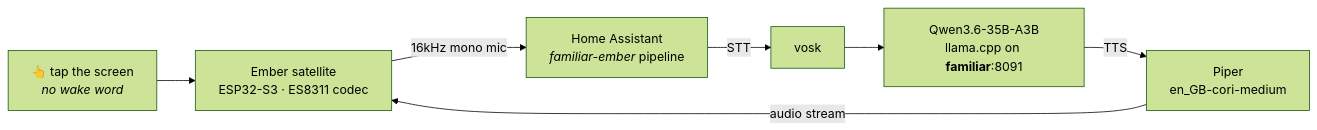
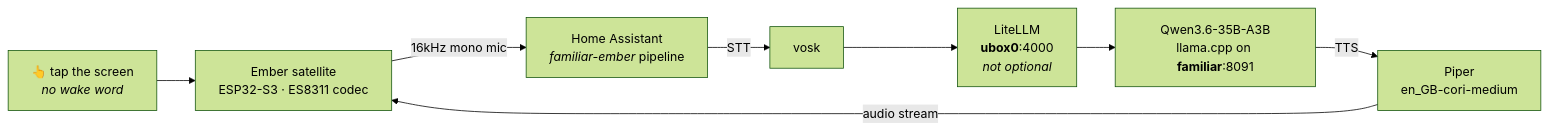
One commit to jphein/ember.realm.watch changed the diagram in README.md. Above: the diagram before and after it, drawn with Mermaid (forest theme). The commit also changed other lines of this file and 9 other files, not shown here.

````diff
--- a/README.md
+++ b/README.md
@@ -27,9 +27,10 @@
 ```mermaid
 flowchart LR
     T["👆 tap the screen<br/><i>no wake word</i>"] --> E["Ember satellite<br/>ESP32-S3 · ES8311 codec"]
     E -- "16kHz mono mic" --> HA["Home Assistant<br/><i>familiar-ember</i> pipeline"]
     HA -- STT --> V["vosk"]
-    V --> L["Qwen3.6-35B-A3B<br/>llama.cpp on <b>familiar</b>:8091"]
+    V --> X["LiteLLM<br/><b>ubox0</b>:4000<br/><i>not optional</i>"]
+    X --> L["Qwen3.6-35B-A3B<br/>llama.cpp on <b>familiar</b>:8091"]
     L -- TTS --> P["Piper<br/>en_GB-cori-medium"]
     P -- "audio stream" --> E
 ```
````
